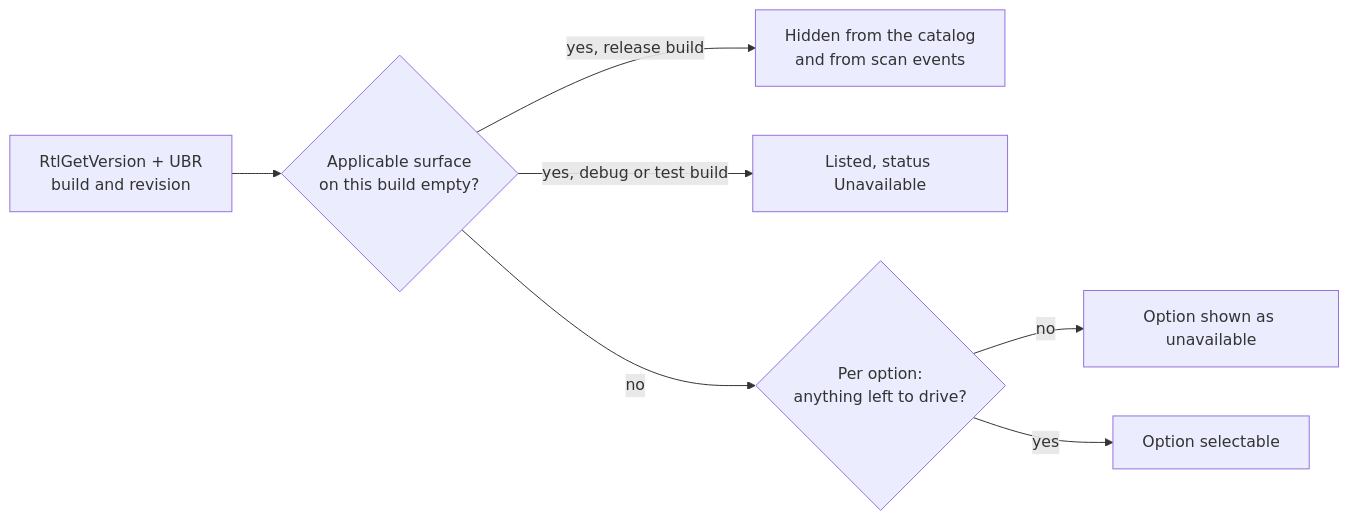
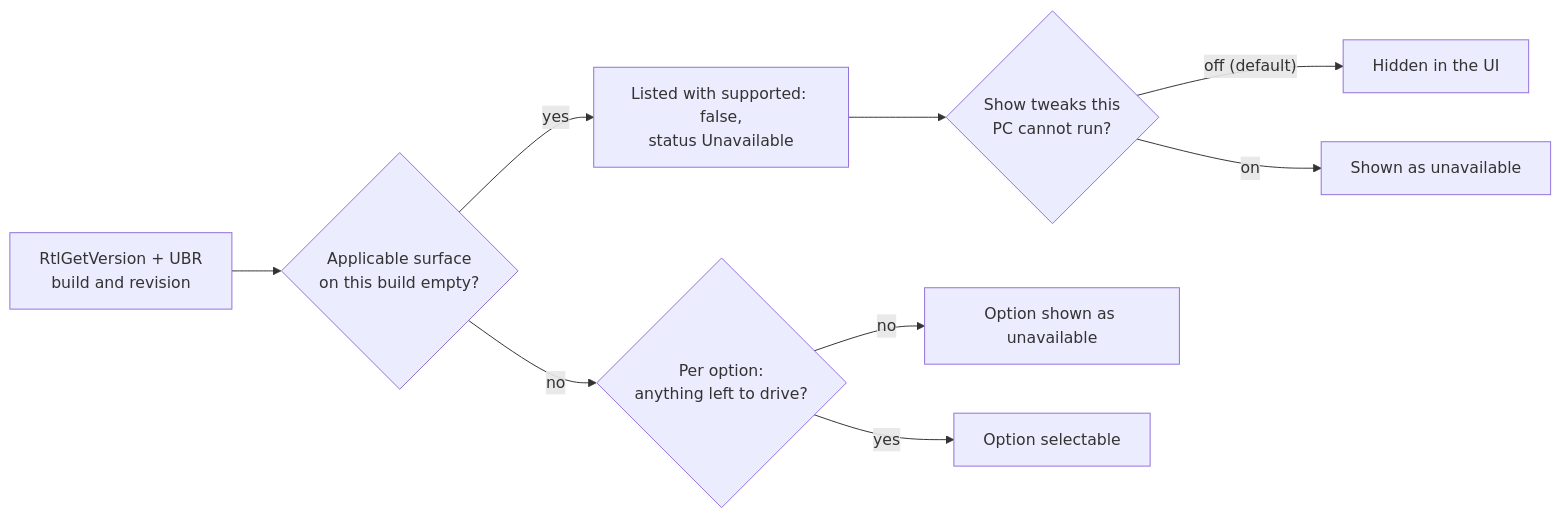
Before and after one commit to ehsan18t/magicx-toolbox-gui: the third of 3 diagrams in docs/architecture/tweak/corpus-and-build.md, drawn with Mermaid. The commit also changed other lines of this file and 337 other files, not shown here.

````diff
--- a/docs/architecture/tweak/corpus-and-build.md
+++ b/docs/architecture/tweak/corpus-and-build.md
@@ -124,9 +124,11 @@
 ```mermaid
 flowchart LR
   V["RtlGetVersion + UBR<br/>build and revision"] --> S{"Applicable surface<br/>on this build empty?"}
-  S -->|"yes, release build"| H["Hidden from the catalog<br/>and from scan events"]
-  S -->|"yes, debug or test build"| U["Listed, status Unavailable"]
+  S -->|yes| U["Listed with supported: false,<br/>status Unavailable"]
+  U --> H{"Show tweaks this<br/>PC cannot run?"}
+  H -->|"off (default)"| HH["Hidden in the UI"]
+  H -->|on| HS["Shown as unavailable"]
   S -->|no| O{"Per option:<br/>anything left to drive?"}
   O -->|no| OU["Option shown as unavailable"]
   O -->|yes| OK["Option selectable"]
 ```
````
